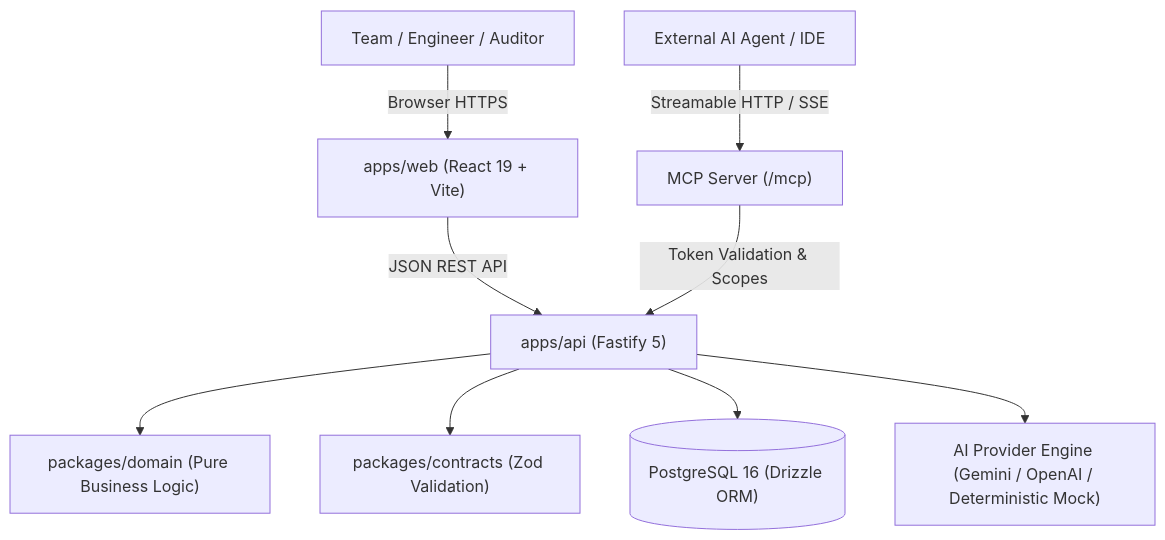
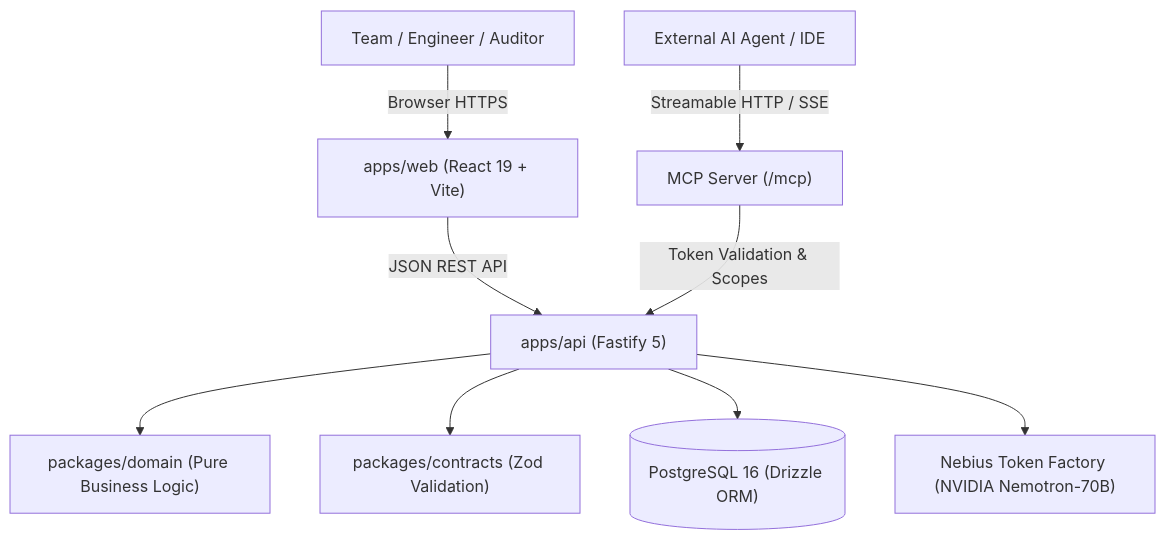
The diagram in README.md (Sonesh-2202/Vouchlock-Nvidia), drawn with Mermaid before and after one commit. The commit also changed other lines of this file and 19 other files, not shown here.

Commit message:
feat: add shared validation schemas, AI copilot modules, and API route handlers

````diff
--- a/README.md
+++ b/README.md
@@ -83,11 +105,11 @@
 ```mermaid
 graph TD
     User["Team / Engineer / Auditor"] -->|Browser HTTPS| Web["apps/web (React 19 + Vite)"]
     ExternalAgent["External AI Agent / IDE"] -->|Streamable HTTP / SSE| MCP["MCP Server (/mcp)"]
     Web -->|JSON REST API| API["apps/api (Fastify 5)"]
     MCP -->|Token Validation & Scopes| API
     API --> Domain["packages/domain (Pure Business Logic)"]
     API --> Contracts["packages/contracts (Zod Validation)"]
     API --> DB[("PostgreSQL 16 (Drizzle ORM)")]
-    API --> AIProviders["AI Provider Engine (Gemini / OpenAI / Deterministic Mock)"]
+    API --> Nebius["Nebius Token Factory (NVIDIA Nemotron-70B)"]
 ```
````
